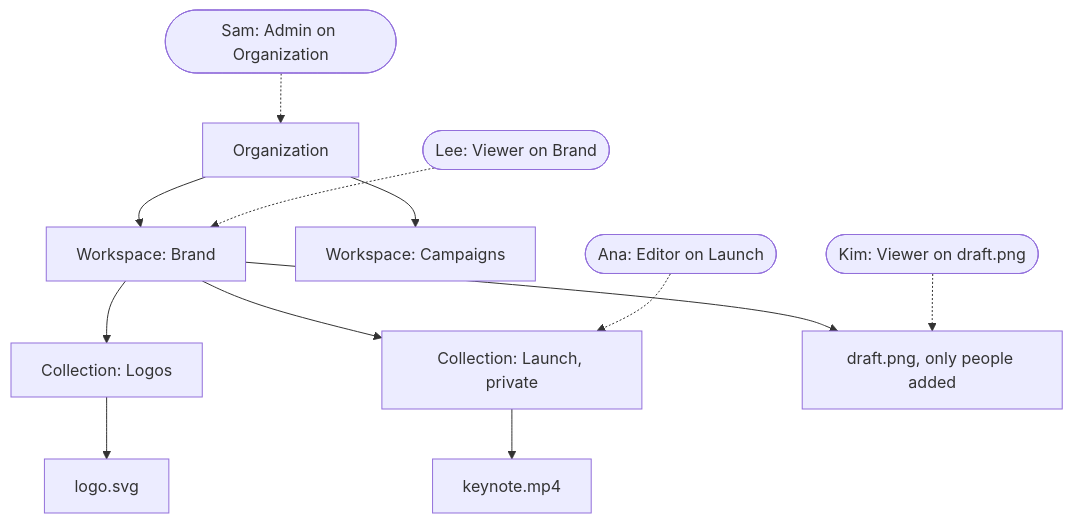
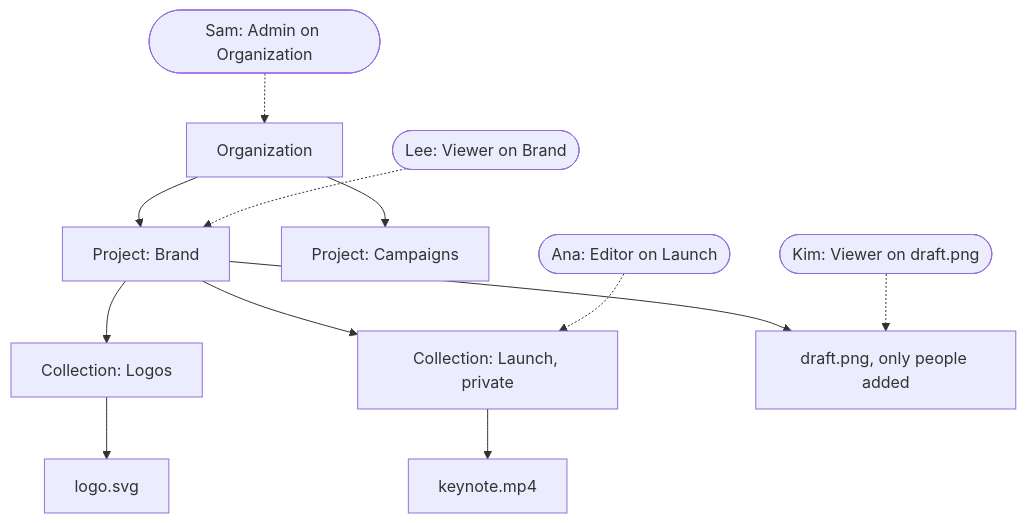
Before and after one commit to pwnera/artbucket: the first of 2 diagrams in docs/guides/access.mdx, drawn with Mermaid. The commit also changed other lines of this file and 209 other files, not shown here.

First line of the commit message:
refactor!: the workspace is the project

````diff
--- a/docs/guides/access.mdx
+++ b/docs/guides/access.mdx
@@ -24,15 +24,15 @@
 ```mermaid
 flowchart TD
-  O[Organization] --> W1[Workspace: Brand]
-  O --> W2[Workspace: Campaigns]
+  O[Organization] --> W1[Project: Brand]
+  O --> W2[Project: Campaigns]
   W1 --> C1[Collection: Logos]
   W1 --> C2[Collection: Launch, private]
   C1 --> A1[logo.svg]
   C2 --> A2[keynote.mp4]
   W1 --> A3[draft.png, only people added]
 
   G1([Sam: Admin on Organization]) -.-> O
   G2([Lee: Viewer on Brand]) -.-> W1
   G3([Ana: Editor on Launch]) -.-> C2
   G4([Kim: Viewer on draft.png]) -.-> A3
 ```
````
